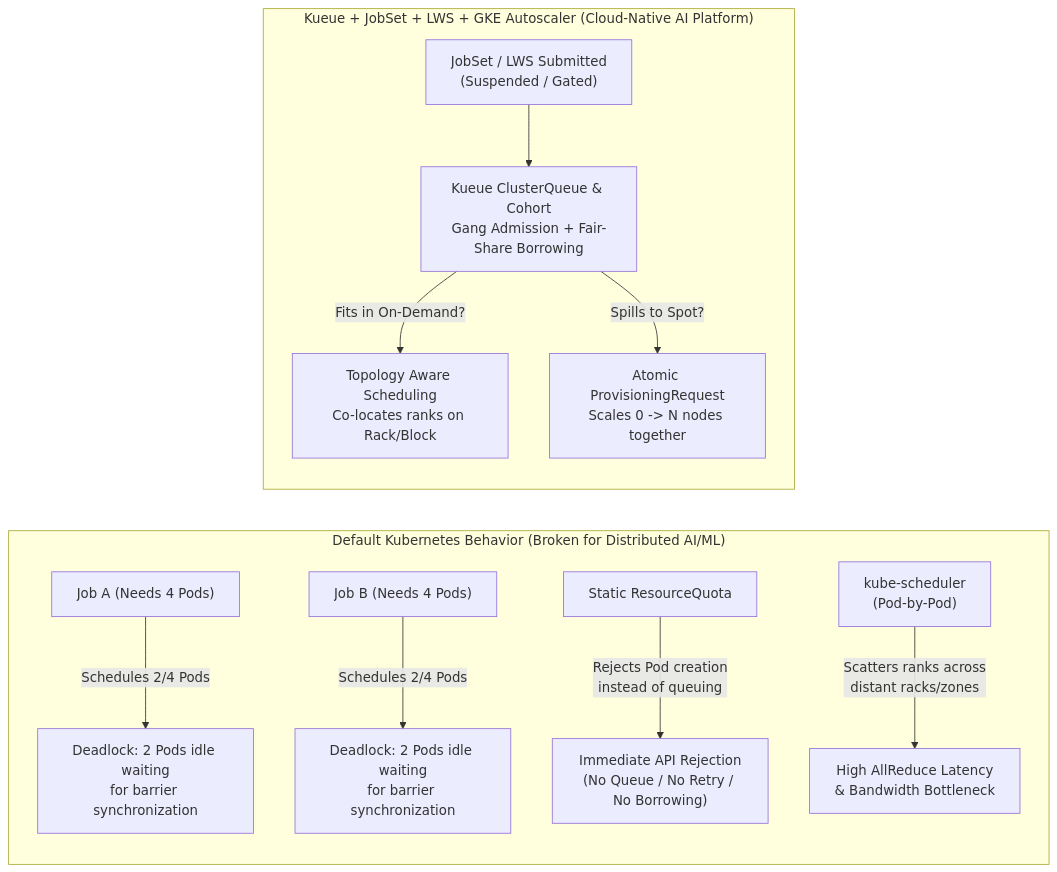
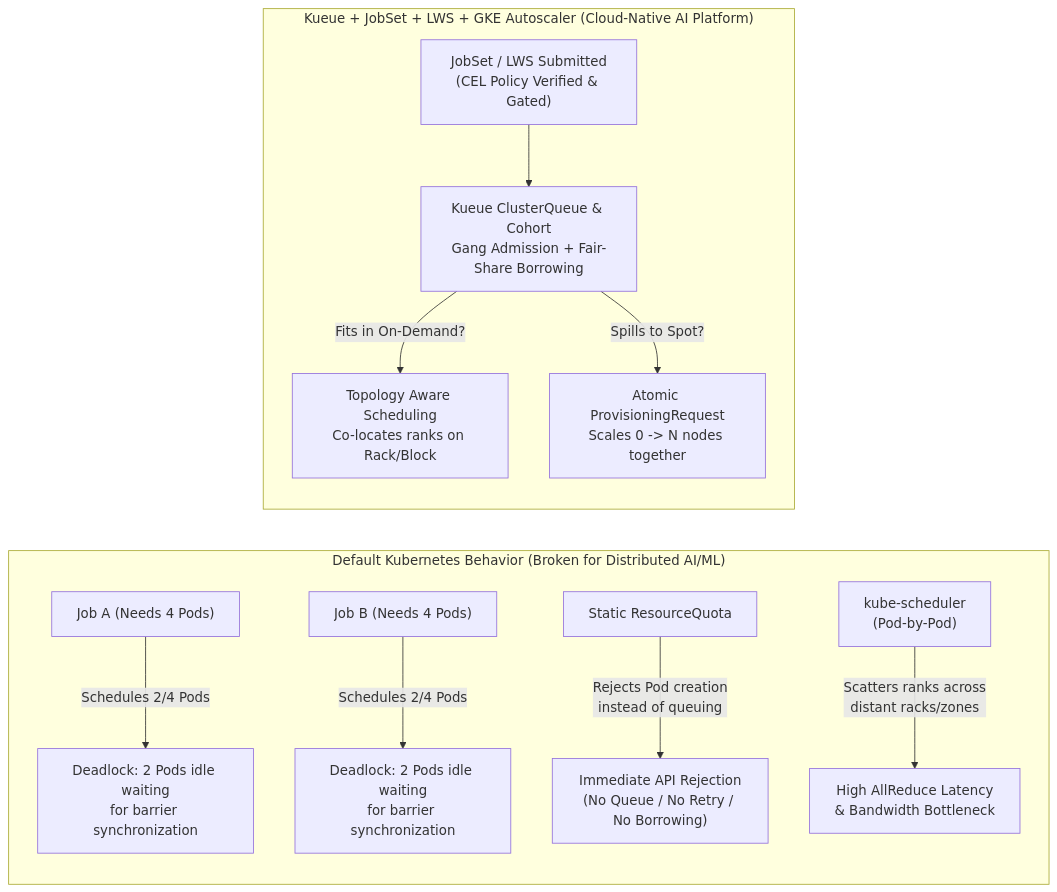
The first of 3 diagrams in docs/01-concepts-and-architecture.md (devenes/gke-kueue-ai-workshop), drawn with Mermaid before and after one commit. The commit also changed other lines of this file and 5 other files, not shown here.

````diff
--- a/docs/01-concepts-and-architecture.md
+++ b/docs/01-concepts-and-architecture.md
@@ -11,17 +11,17 @@
 ```mermaid
 flowchart LR
     subgraph DEFAULT["Default Kubernetes Behavior (Broken for Distributed AI/ML)"]
         direction TB
         J1["Job A (Needs 4 Pods)"] -->|"Schedules 2/4 Pods"| DEAD1["Deadlock: 2 Pods idle waiting\nfor barrier synchronization"]
         J2["Job B (Needs 4 Pods)"] -->|"Schedules 2/4 Pods"| DEAD2["Deadlock: 2 Pods idle waiting\nfor barrier synchronization"]
         RQ["Static ResourceQuota"] -->|"Rejects Pod creation\ninstead of queuing"| ERR["Immediate API Rejection\n(No Queue / No Retry / No Borrowing)"]
         SCHED["kube-scheduler\n(Pod-by-Pod)"] -->|"Scatters ranks across\ndistant racks/zones"| NET["High AllReduce Latency\n& Bandwidth Bottleneck"]
     end
 
     subgraph KUEUE_ARCH["Kueue + JobSet + LWS + GKE Autoscaler (Cloud-Native AI Platform)"]
         direction TB
-        KJ["JobSet / LWS Submitted\n(Suspended / Gated)"] --> WQ["Kueue ClusterQueue & Cohort\nGang Admission + Fair-Share Borrowing"]
+        KJ["JobSet / LWS Submitted\n(CEL Policy Verified & Gated)"] --> WQ["Kueue ClusterQueue & Cohort\nGang Admission + Fair-Share Borrowing"]
         WQ -->|"Fits in On-Demand?"| TAS["Topology Aware Scheduling\nCo-locates ranks on Rack/Block"]
         WQ -->|"Spills to Spot?"| PR["Atomic ProvisioningRequest\nScales 0 -> N nodes together"]
     end
 ```
````
